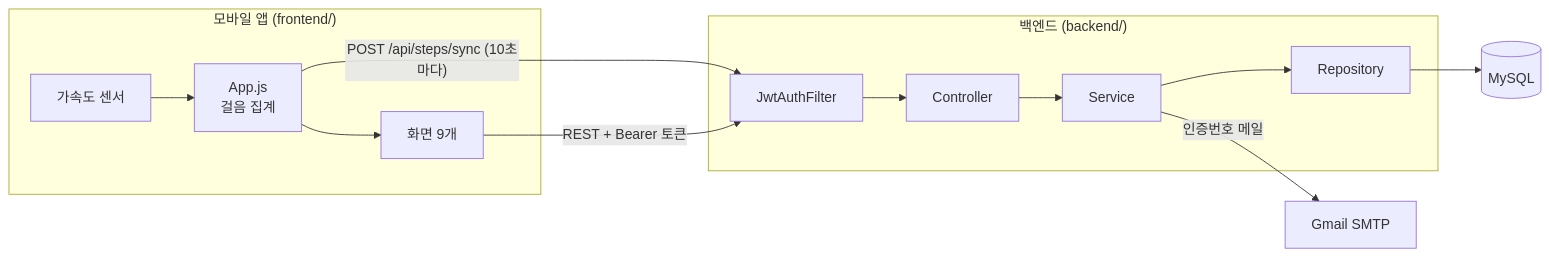
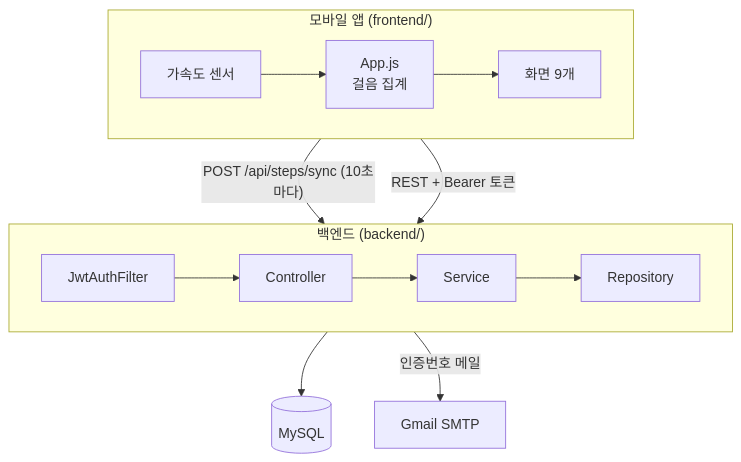
One commit to kj77kj7/LandmarkApp changed the diagram in README.md. Above: the diagram before and after it, drawn with Mermaid.

Commit message:
README 구조 다이어그램을 세로 배치로 변경

````diff
--- a/README.md
+++ b/README.md
@@ -26,16 +26,18 @@
 ```mermaid
-flowchart LR
+flowchart TB
     subgraph App["모바일 앱 (frontend/)"]
+        direction LR
         S[가속도 센서] --> A[App.js<br/>걸음 집계]
         A --> Screens[화면 9개]
     end
     subgraph API["백엔드 (backend/)"]
+        direction LR
         F[JwtAuthFilter] --> C[Controller]
         C --> Svc[Service]
         Svc --> R[Repository]
     end
     A -- "POST /api/steps/sync (10초마다)" --> F
     Screens -- "REST + Bearer 토큰" --> F
     R --> DB[(MySQL)]
     Svc -- 인증번호 메일 --> M[Gmail SMTP]
 ```
````
